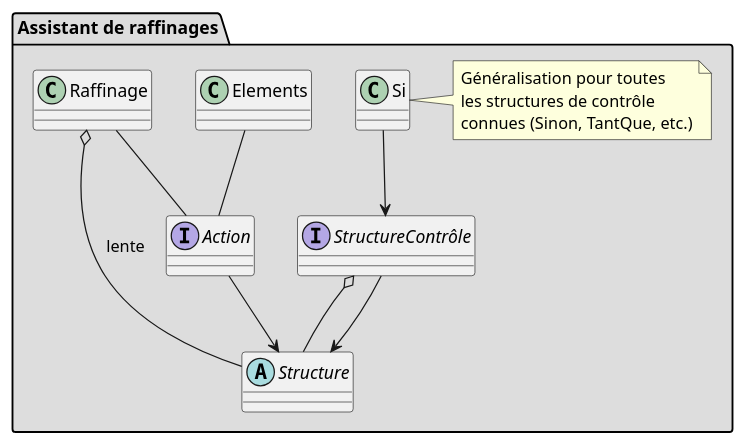
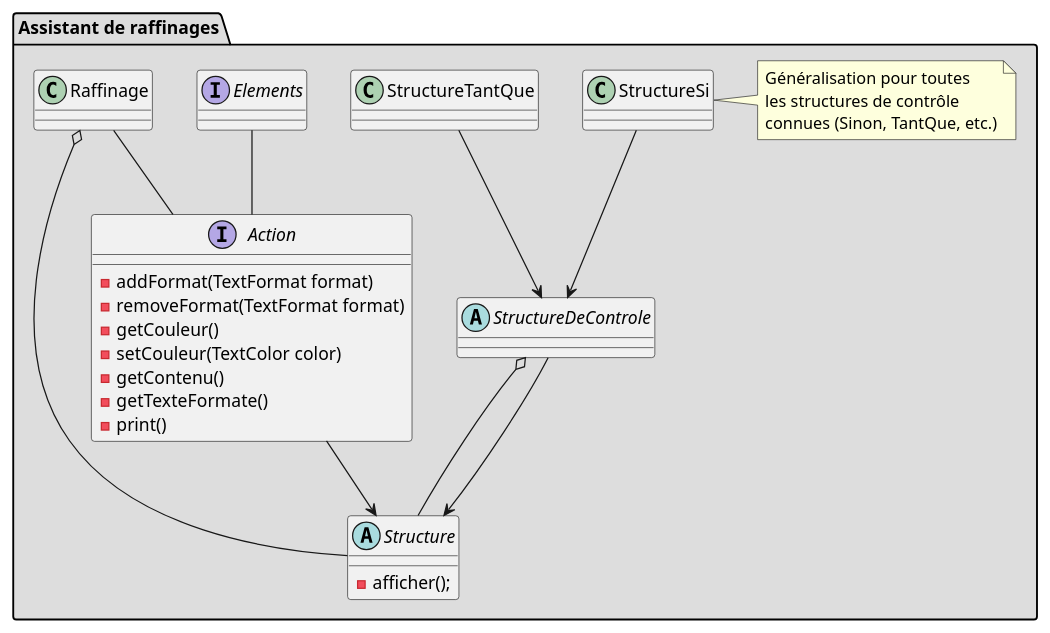
One commit to newtondotcom/RaffIDE changed the diagram in uml.md. Above: the diagram before and after it, drawn with PlantUML. The commit also changed other lines of this file, not shown here.

````diff
--- a/uml.md
+++ b/uml.md
@@ -3,47 +3,57 @@
 ```plantuml
 @startuml
 package "Assistant de raffinages" #DDDDDD {
 
     abstract Structure {
+        - afficher();
+    }
+
+    interface Action {
+        - addFormat(TextFormat format)
+        - removeFormat(TextFormat format)
+        - getCouleur()
+        - setCouleur(TextColor color)
+        - getContenu()
+        - getTexteFormate()
+        - print()
+    }
+
+    abstract StructureDeControle {
 
     }
 
-    interface Action {
-
-    }
-
-    interface StructureContrôle {
-
-    }
-
-    class Elements {
-
+    interface Elements {
     }
 
     class Raffinage {
 
     }
 
-    class Si {
+    class StructureSi {
 
     }
 
-    note right of Si
+    class StructureTantQue {
+
+    }
+
+    note right of StructureSi
         Généralisation pour toutes 
         les structures de contrôle 
         connues (Sinon, TantQue, etc.)
     end note
 
 
-    Raffinage o-- Structure : lente
-    StructureContrôle o-- Structure
-    Si--> StructureContrôle
+    Raffinage o-- Structure
+    StructureDeControle o-- Structure
+    StructureTantQue-->StructureDeControle
+    StructureSi--> StructureDeControle
     Action-->Structure
-    StructureContrôle-->Structure
+    StructureDeControle-->Structure
     Elements--Action
     Raffinage --Action
 
 
 }
 @enduml
 ```
````
